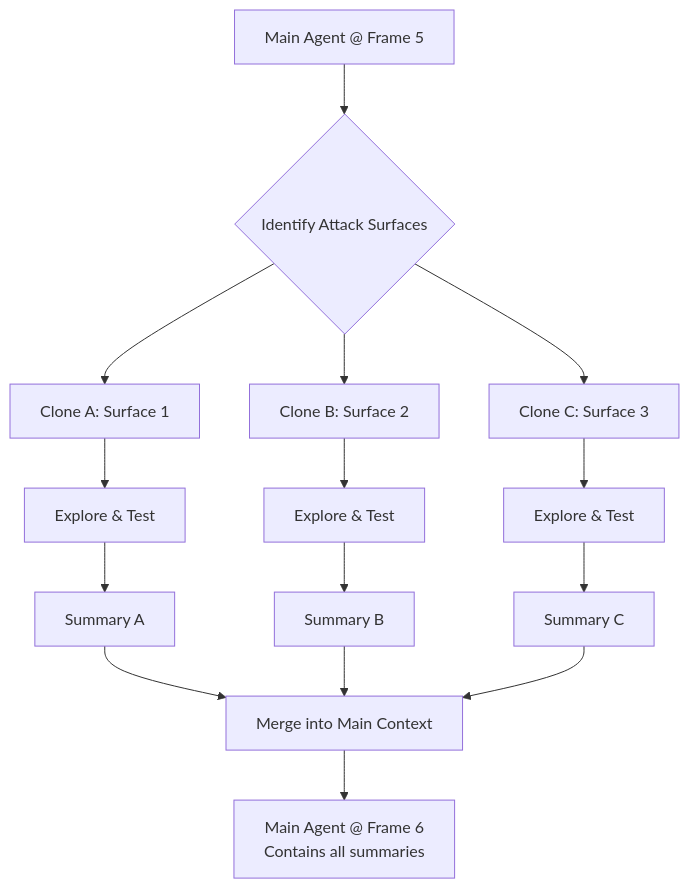
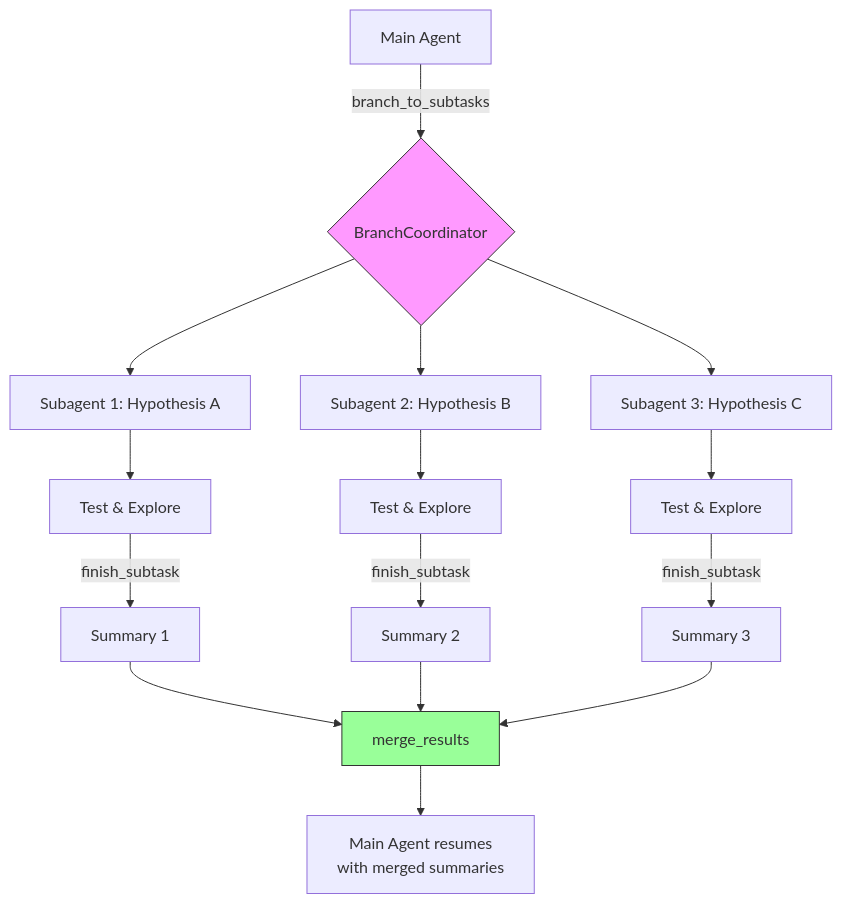
The diagram in diagrams/mermaid/branching_diagram.mermaid (nwang783/tempo-sec), drawn with Mermaid before and after one commit. The commit also changed 5 other files, not shown here.

```diff
--- a/diagrams/mermaid/branching_diagram.mermaid
+++ b/diagrams/mermaid/branching_diagram.mermaid
@@ -1,19 +1,22 @@
 flowchart TD
-    A[Main Agent @ Frame 5] --> B{Identify Attack Surfaces}
-    B --> C[Clone A: Surface 1]
-    B --> D[Clone B: Surface 2]
-    B --> E[Clone C: Surface 3]
+    A[Main Agent] -->|branch_to_subtasks| B{BranchCoordinator}
+    B --> C[Subagent 1: Hypothesis A]
+    B --> D[Subagent 2: Hypothesis B]
+    B --> E[Subagent 3: Hypothesis C]
     
-    C --> F[Explore & Test]
-    D --> G[Explore & Test]
-    E --> H[Explore & Test]
+    C --> F[Test & Explore]
+    D --> G[Test & Explore]
+    E --> H[Test & Explore]
     
-    F --> I[Summary A]
-    G --> J[Summary B]
-    H --> K[Summary C]
+    F -->|finish_subtask| I[Summary 1]
+    G -->|finish_subtask| J[Summary 2]
+    H -->|finish_subtask| K[Summary 3]
     
-    I --> L[Merge into Main Context]
+    I --> L[merge_results]
     J --> L
     K --> L
     
-    L --> M[Main Agent @ Frame 6<br/>Contains all summaries]
+    L --> M[Main Agent resumes<br/>with merged summaries]
+    
+    style B fill:#f9f,stroke:#333
+    style L fill:#9f9,stroke:#333
```
